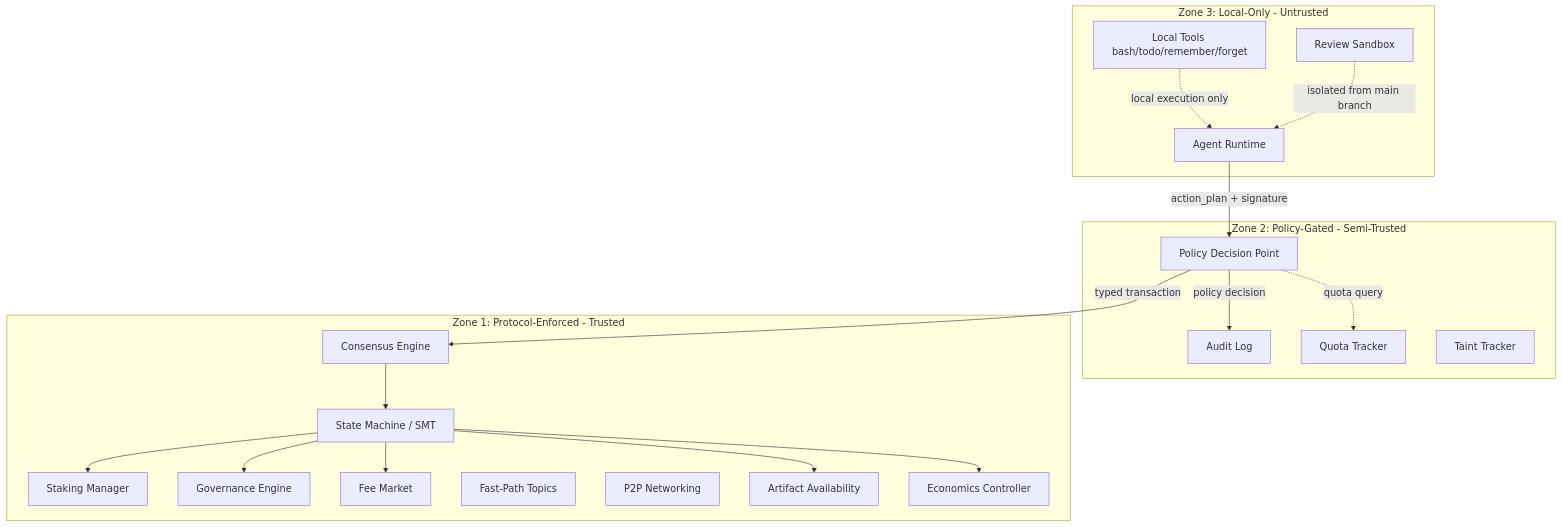
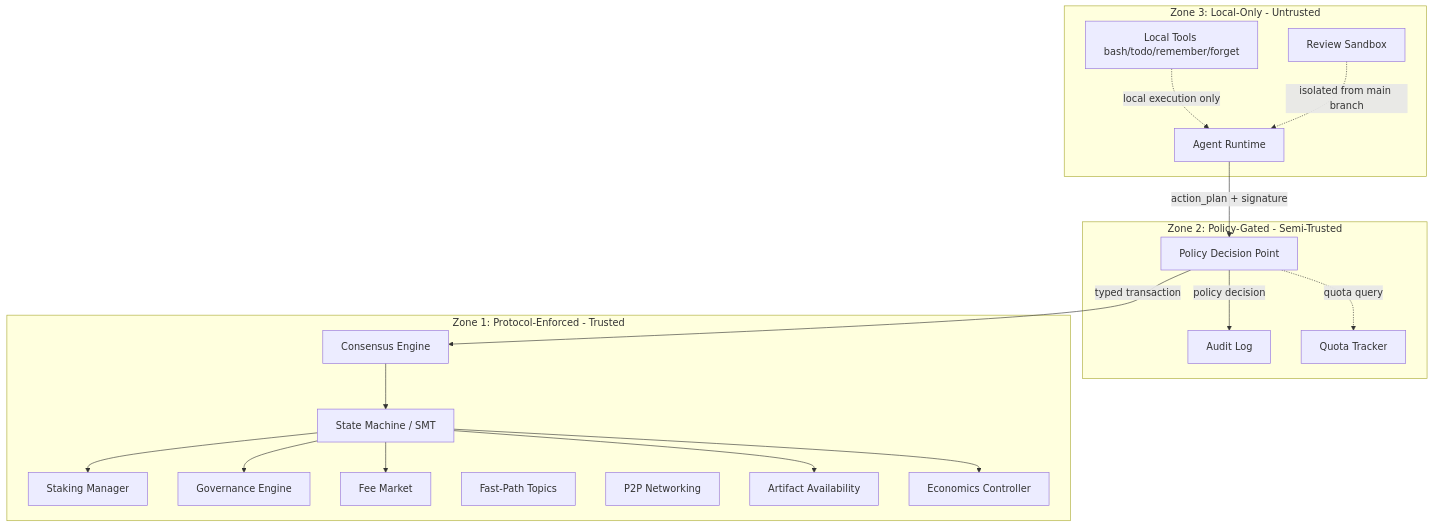
Before and after one commit to TheNoobiCat/Hyperfluid: the diagram in docs/03-architecture/trust-boundaries.md, drawn with Mermaid. The commit also changed other lines of this file and 42 other files, not shown here.

````diff
--- a/docs/03-architecture/trust-boundaries.md
+++ b/docs/03-architecture/trust-boundaries.md
@@ -9,42 +9,41 @@
 ```mermaid
 flowchart TD
     subgraph ZONE3[Zone 3: Local-Only - Untrusted]
         AGENT_RT[Agent Runtime]
         LOCAL_TOOLS[Local Tools bash/todo/remember/forget]
         SANDBOX[Review Sandbox]
     end
 
     subgraph ZONE2[Zone 2: Policy-Gated - Semi-Trusted]
         PDP[Policy Decision Point]
         AUDIT_LOG[Audit Log]
         QUOTA_TRACK[Quota Tracker]
-        TAINT_TRACK[Taint Tracker]
     end
 
     subgraph ZONE1[Zone 1: Protocol-Enforced - Trusted]
         CONSENSUS[Consensus Engine]
         STATE_MACHINE[State Machine / SMT]
         STAKING[Staking Manager]
         GOVERNANCE[Governance Engine]
         FEE_MARKET[Fee Market]
         FAST_PATH[Fast-Path Topics]
         P2P[P2P Networking]
         ARTIFACTS[Artifact Availability]
         ECONOMICS[Economics Controller]
     end
 
     AGENT_RT -->|action_plan + signature| PDP
     LOCAL_TOOLS -.->|local execution only| AGENT_RT
     SANDBOX -.->|isolated from main branch| AGENT_RT
 
     PDP -->|typed transaction| CONSENSUS
     PDP -->|policy decision| AUDIT_LOG
     PDP -.->|quota query| QUOTA_TRACK
 
     CONSENSUS --> STATE_MACHINE
     STATE_MACHINE --> STAKING
     STATE_MACHINE --> GOVERNANCE
     STATE_MACHINE --> FEE_MARKET
     STATE_MACHINE --> ARTIFACTS
     STATE_MACHINE --> ECONOMICS
 ```
````
